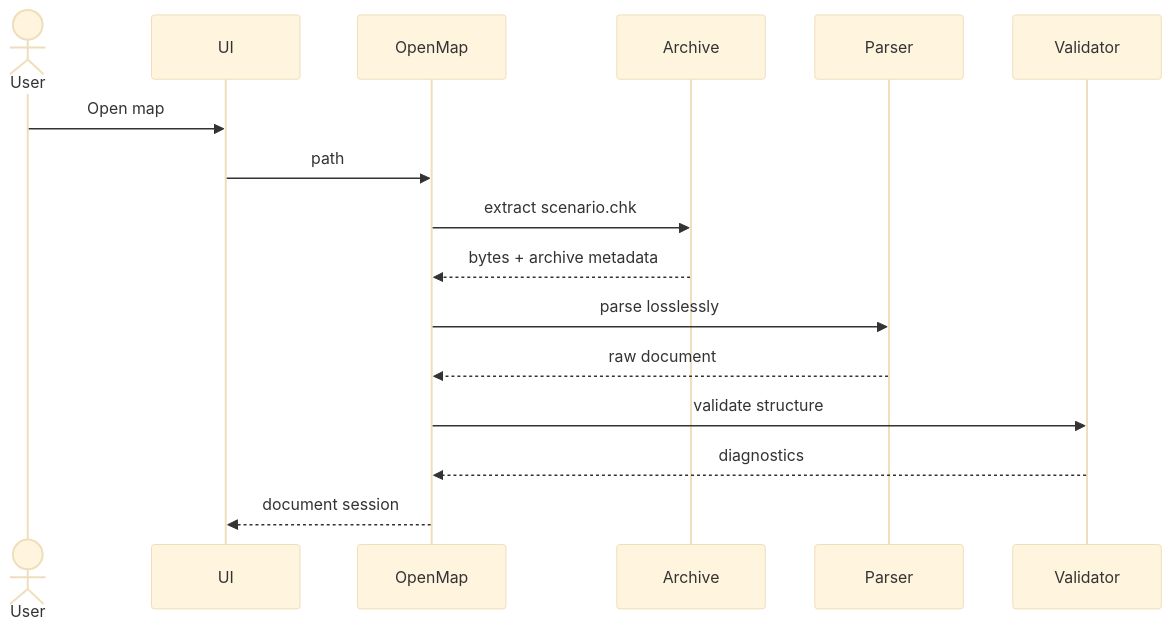
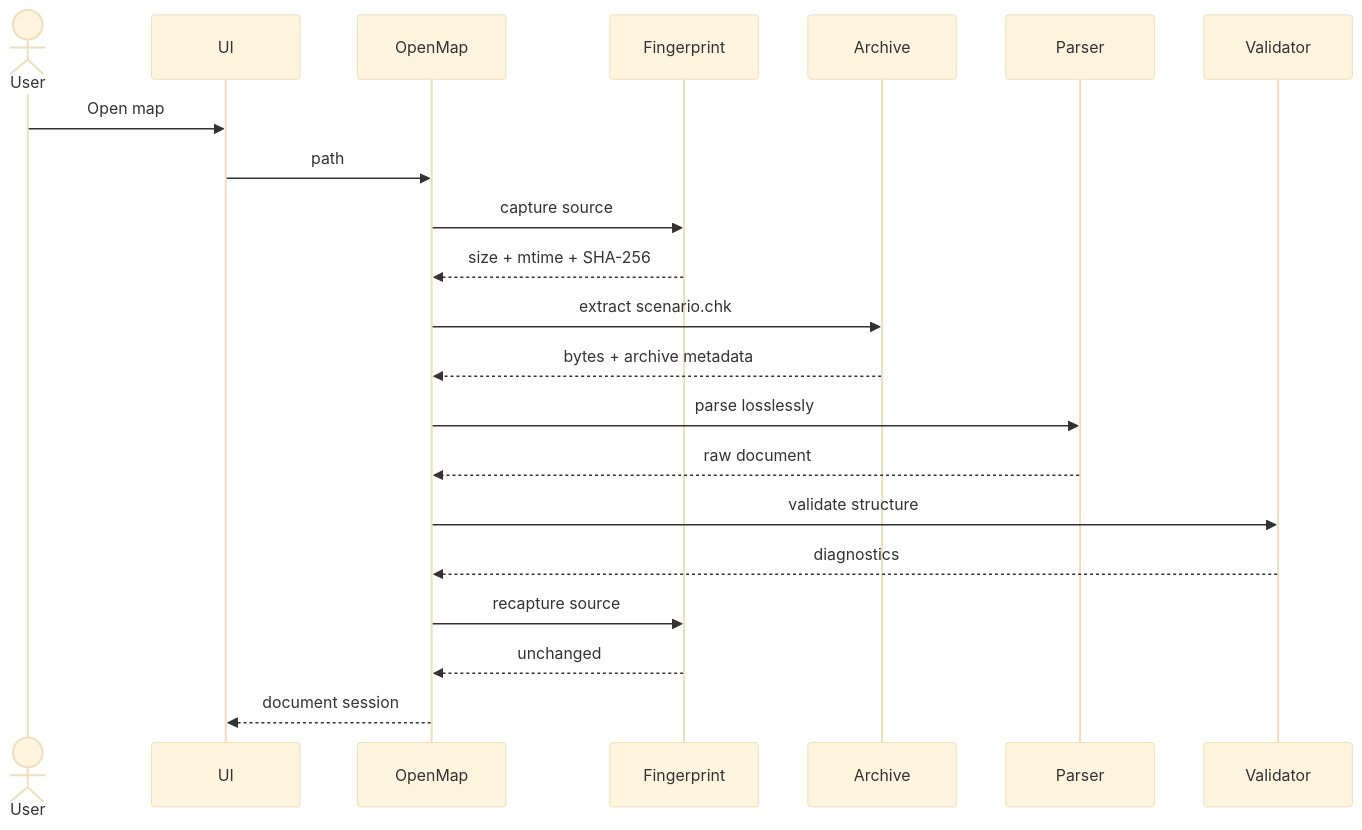
One commit to blackvrice/starcraft_map_editor changed the third of 4 diagrams in docs/ARCHITECTURE.md. Above: the diagram before and after it, drawn with Mermaid (base theme). The commit also changed other lines of this file and 16 other files, not shown here.

````diff
--- a/docs/ARCHITECTURE.md
+++ b/docs/ARCHITECTURE.md
@@ -292,19 +308,24 @@
 ```mermaid
 sequenceDiagram
     actor User
     participant UI
     participant OpenMap
+    participant Fingerprint
     participant Archive
     participant Parser
     participant Validator
 
     User->>UI: Open map
     UI->>OpenMap: path
+    OpenMap->>Fingerprint: capture source
+    Fingerprint-->>OpenMap: size + mtime + SHA-256
     OpenMap->>Archive: extract scenario.chk
     Archive-->>OpenMap: bytes + archive metadata
     OpenMap->>Parser: parse losslessly
     Parser-->>OpenMap: raw document
     OpenMap->>Validator: validate structure
     Validator-->>OpenMap: diagnostics
+    OpenMap->>Fingerprint: recapture source
+    Fingerprint-->>OpenMap: unchanged
     OpenMap-->>UI: document session
 ```
````
